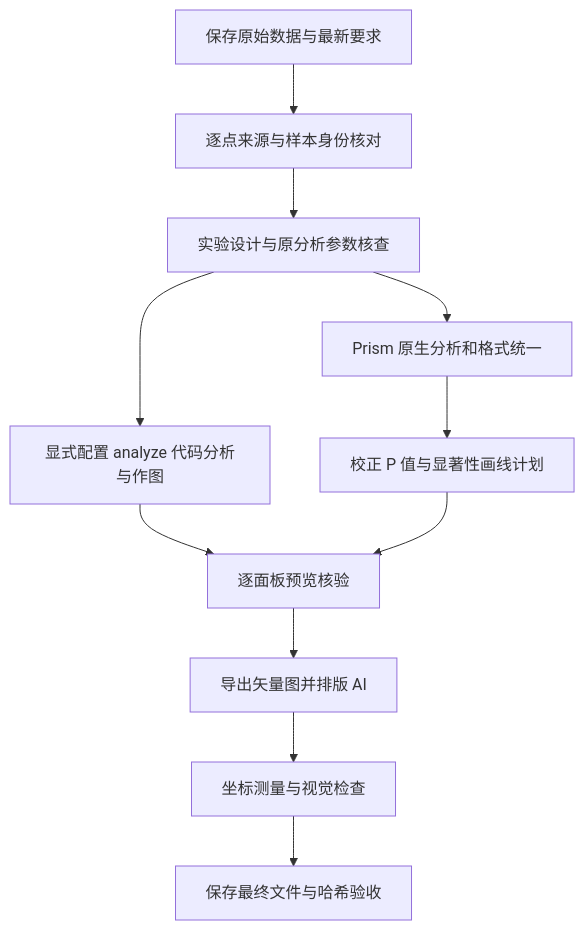
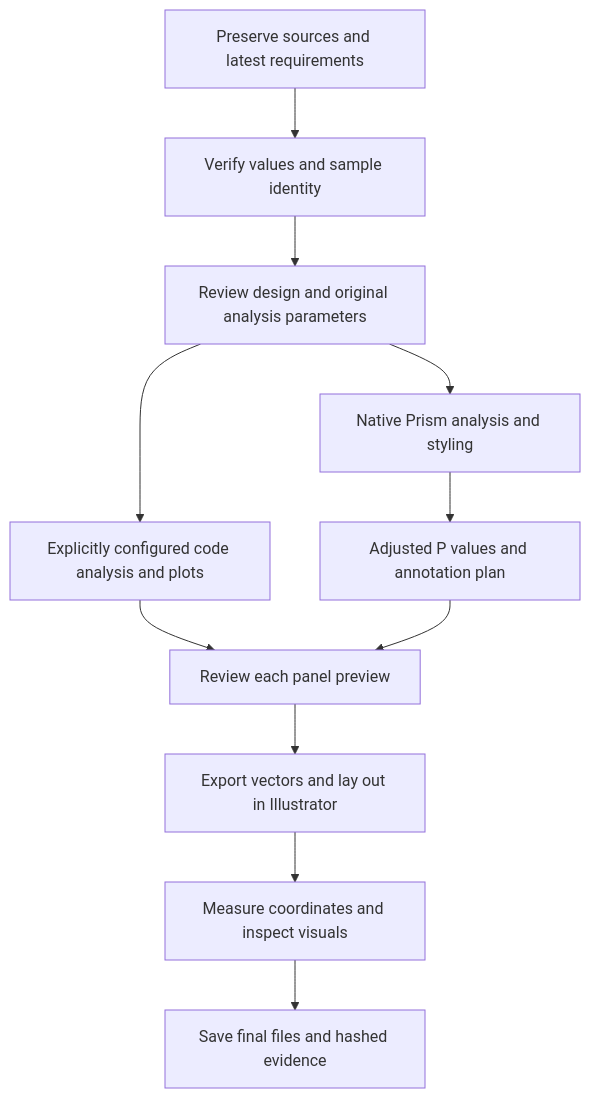
Before and after one commit to erickwang-17/prism-illustrator-workflow: the diagram in README.md, drawn with Mermaid. The commit also changed other lines of this file and 26 other files, not shown here.

````diff
--- a/README.md
+++ b/README.md
@@ -62,13 +64,13 @@
 ```mermaid
 flowchart TD
-  A[保存原始数据与最新要求] --> B[逐点来源与样本身份核对]
-  B --> C[实验设计与原分析参数核查]
-  C --> D[Prism 原生分析和格式统一]
-  C --> J[显式配置 analyze 代码分析与作图]
+  A[Preserve sources and latest requirements] --> B[Verify values and sample identity]
+  B --> C[Review design and original analysis parameters]
+  C --> D[Native Prism analysis and styling]
+  C --> J[Explicitly configured code analysis and plots]
   J --> F
-  D --> E[校正 P 值与显著性画线计划]
-  E --> F[逐面板预览核验]
-  F --> G[导出矢量图并排版 AI]
-  G --> H[坐标测量与视觉检查]
-  H --> I[保存最终文件与哈希验收]
+  D --> E[Adjusted P values and annotation plan]
+  E --> F[Review each panel preview]
+  F --> G[Export vectors and lay out in Illustrator]
+  G --> H[Measure coordinates and inspect visuals]
+  H --> I[Save final files and hashed evidence]
 ```
````
